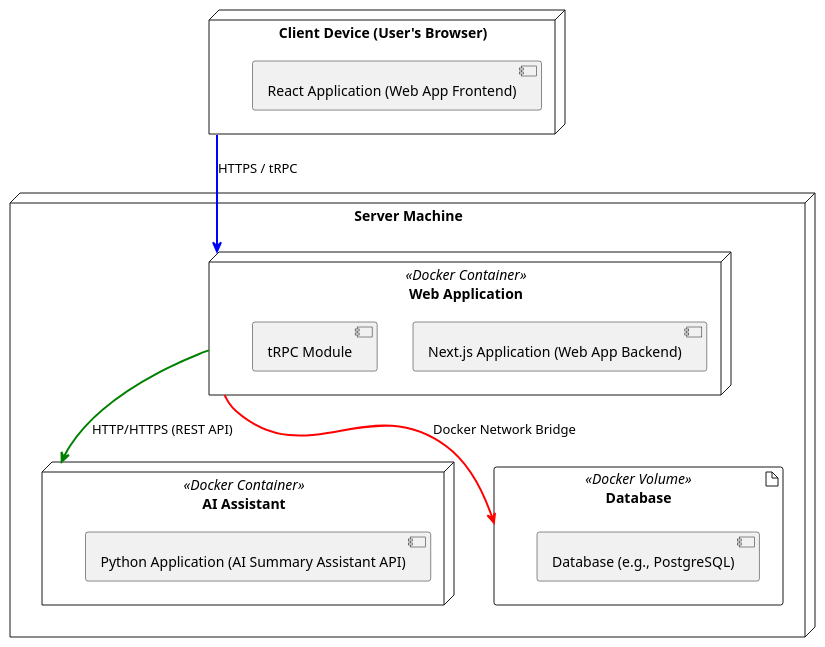
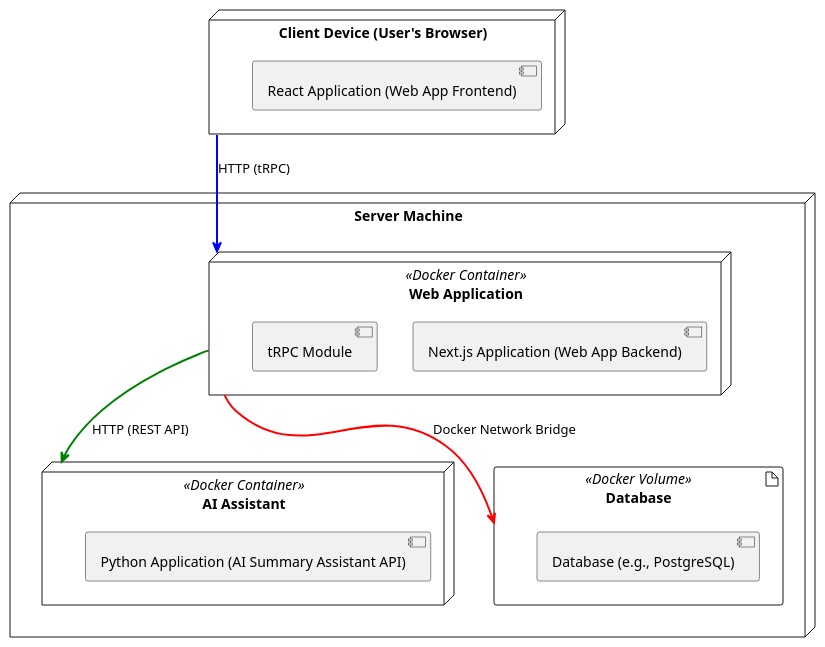
One commit to kartAI/ntnu-kpro-ai-assistant changed the diagram in docs/diagrams/deployment.puml. Above: the diagram before and after it, drawn with PlantUML.

Commit message:
docs: update arrow labels on deployment diagram

```diff
--- a/docs/diagrams/deployment.puml
+++ b/docs/diagrams/deployment.puml
@@ -1,26 +1,26 @@
 @startuml
 node "Client Device (User's Browser)" as ClientDevice {
     [React Application (Web App Frontend)] as ReactApp
 }
 
 node "Server Machine" as ServerMachine {
     node "Web Application" <<Docker Container>> as WebAppContainer {
         [Next.js Application (Web App Backend)] as NextJSApp
         [tRPC Module] as tRPCModule
     }
 
     node "AI Assistant" <<Docker Container>> as AIDockerContainer {
         [Python Application (AI Summary Assistant API)] as PythonApp
     }
 
     artifact "Database" <<Docker Volume>> as DockerVolume {
         [Database (e.g., PostgreSQL)] as Database
     }
 
     WebAppContainer -[#red,thickness=2]-> DockerVolume : Docker Network Bridge
 }
 
-ClientDevice -[#blue,thickness=2]-> WebAppContainer : HTTPS / tRPC
-WebAppContainer -[#green,thickness=2]-> AIDockerContainer : HTTP/HTTPS (REST API)
+ClientDevice -[#blue,thickness=2]-> WebAppContainer : HTTP (tRPC)
+WebAppContainer -[#green,thickness=2]-> AIDockerContainer : HTTP (REST API)
 
 @enduml
```
